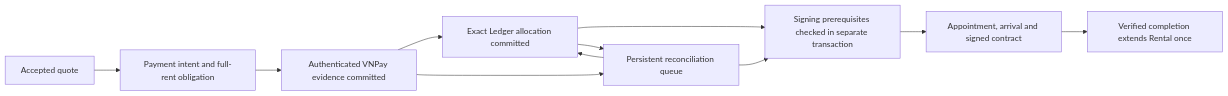
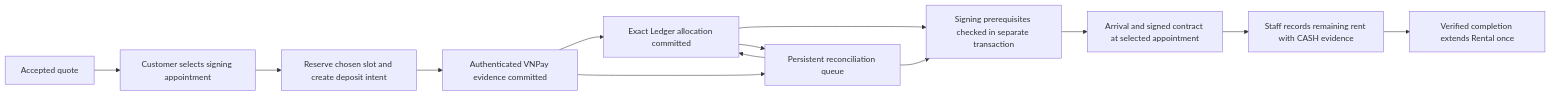
One commit to self-storage-rental-management/self-storage-be changed the diagram in docs/RENEWAL_API_CONTRACT.md. Above: the diagram before and after it, drawn with Mermaid. The commit also changed other lines of this file and 59 other files, not shown here.

Commit message:
Update renewal deposit and signing flow and simplify support ownership

````diff
--- a/docs/RENEWAL_API_CONTRACT.md
+++ b/docs/RENEWAL_API_CONTRACT.md
@@ -33,13 +83,15 @@
 ```mermaid
 flowchart LR
-  A[Accepted quote] --> B[Payment intent and full-rent obligation]
+  A[Accepted quote] --> S[Customer selects signing appointment]
+  S --> B[Reserve chosen slot and create deposit intent]
   B --> C[Authenticated VNPay evidence committed]
   C --> D[Exact Ledger allocation committed]
   D --> E[Signing prerequisites checked in separate transaction]
-  E --> F[Appointment, arrival and signed contract]
-  F --> G[Verified completion extends Rental once]
+  E --> F[Arrival and signed contract at selected appointment]
+  F --> H[Staff records remaining rent with CASH evidence]
+  H --> G[Verified completion extends Rental once]
   C --> R[Persistent reconciliation queue]
   D --> R
   R --> D
   R --> E
 ```
````
